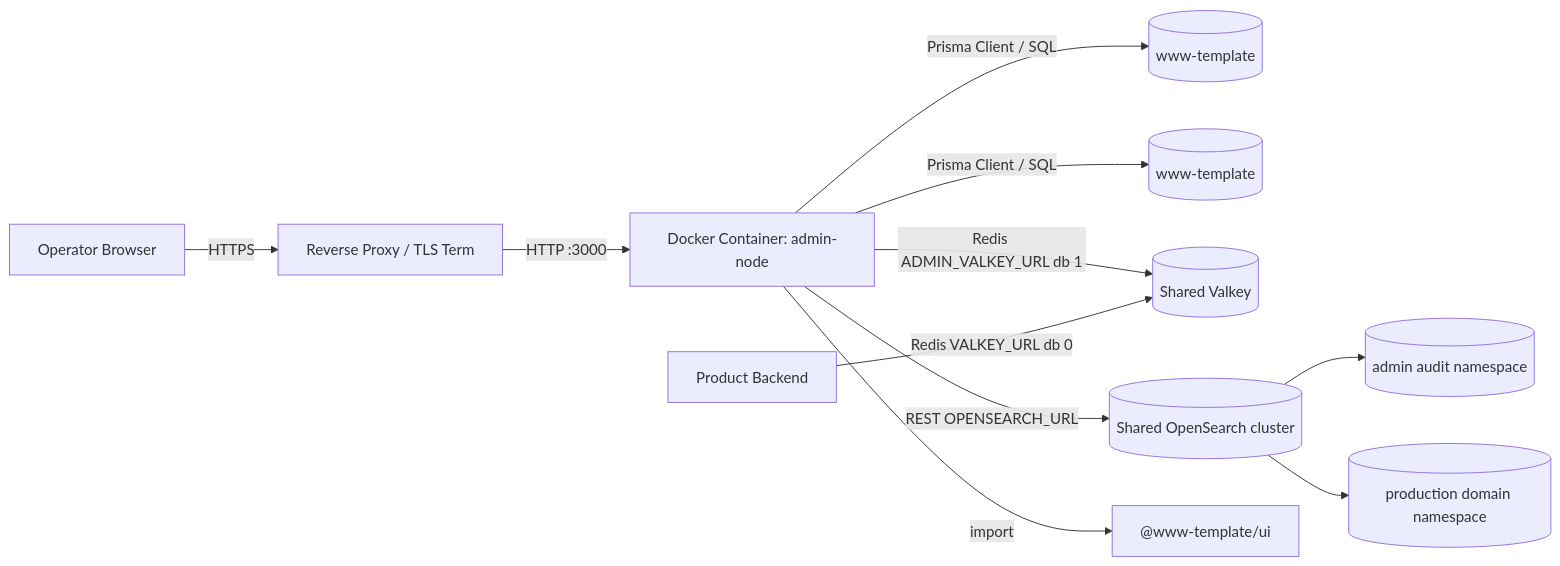
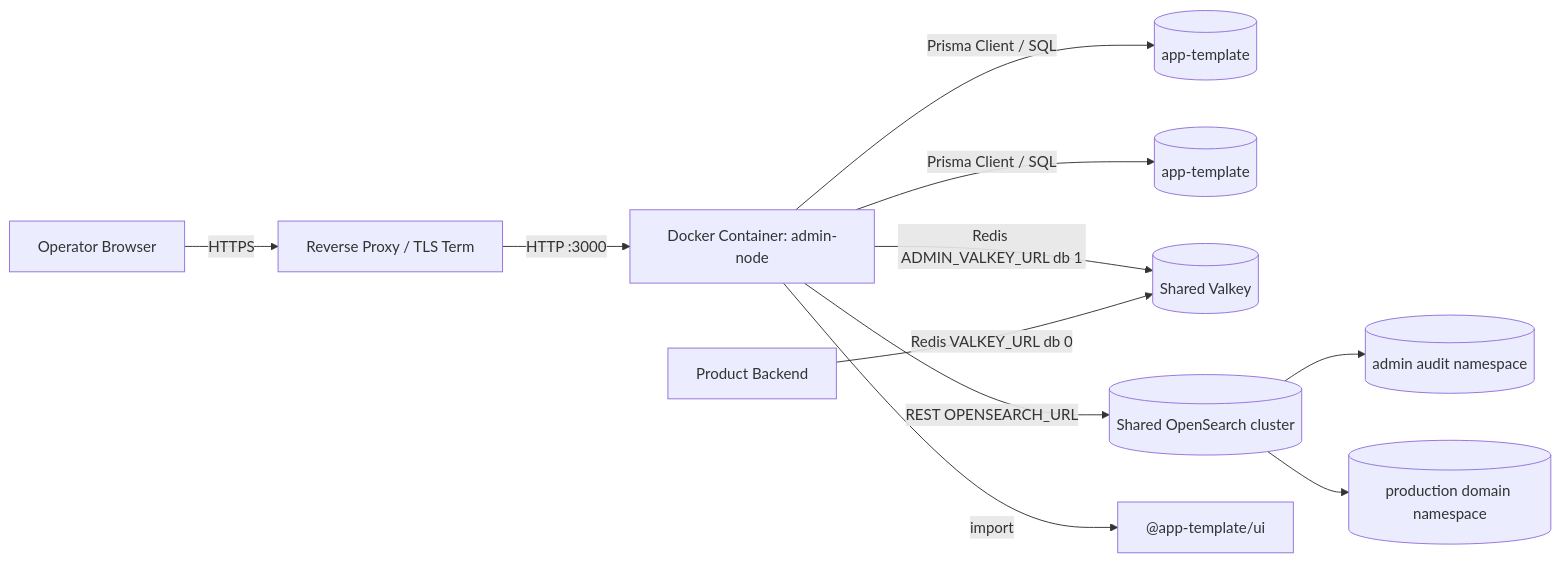
Before and after one commit to Suzlun/app-template: the first of 5 diagrams in openspec/changes/archive/2026-05-18-add-admin-system/design.md, drawn with Mermaid. The commit also changed other lines of this file and 570 other files, not shown here.

Commit message:
feat: rename app-template

````diff
--- a/openspec/changes/archive/2026-05-18-add-admin-system/design.md
+++ b/openspec/changes/archive/2026-05-18-add-admin-system/design.md
@@ -235,13 +235,13 @@
 ```mermaid
 flowchart LR
     Operator[Operator Browser] -->|HTTPS| Nginx[Reverse Proxy / TLS Term]
     Nginx -->|HTTP :3000| Container[Docker Container: admin-node]
-    Container -->|Prisma Client / SQL| AdminDB[("www-template")]
-    Container -->|Prisma Client / SQL| ProductDB[("www-template")]
+    Container -->|Prisma Client / SQL| AdminDB[("app-template")]
+    Container -->|Prisma Client / SQL| ProductDB[("app-template")]
     Container -->|Redis ADMIN_VALKEY_URL db 1| SharedValkey[("Shared Valkey")]
     ProductBackend[Product Backend] -->|Redis VALKEY_URL db 0| SharedValkey
     Container -->|REST OPENSEARCH_URL| OpenSearch[("Shared OpenSearch cluster")]
     OpenSearch --> AdminAuditIndex[("admin audit namespace")]
     OpenSearch --> ProductDomainIndex[("production domain namespace")]
-    Container -->|import| UI["@www-template/ui"]
+    Container -->|import| UI["@app-template/ui"]
 ```
````
